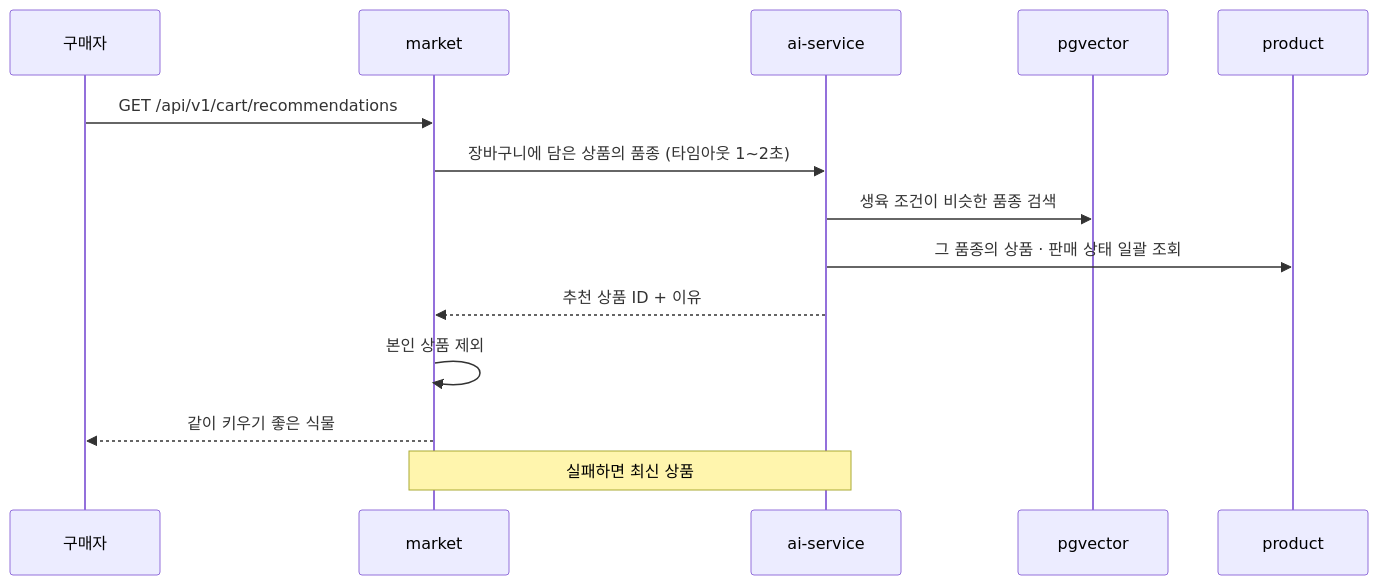
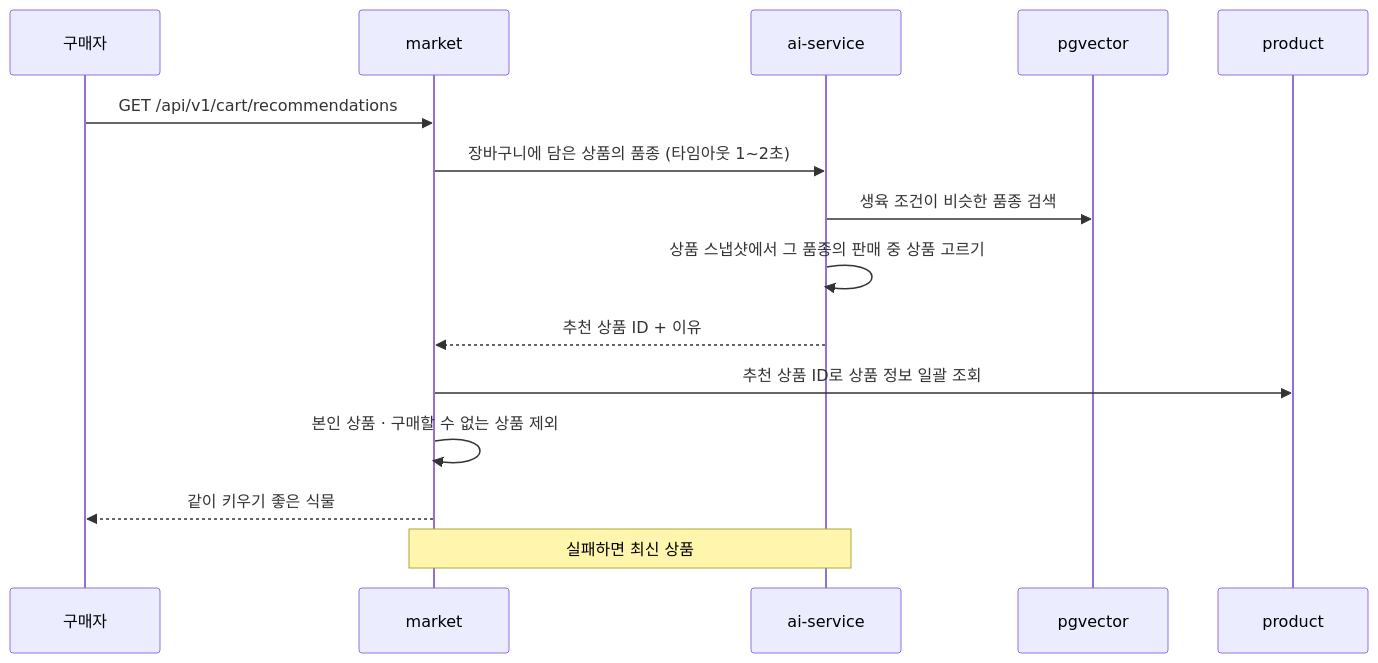
Before and after one commit to prgrms-be-adv-devcourse/beadv8_8_JustCommit_BE: the diagram in docs/flows/search-recommend.md, drawn with Mermaid. The commit also changed other lines of this file and 9 other files, not shown here.

````diff
--- a/docs/flows/search-recommend.md
+++ b/docs/flows/search-recommend.md
@@ -39,16 +39,17 @@
 ```mermaid
 sequenceDiagram
     participant U as 구매자
     participant M as market
     participant AI as ai-service
     participant V as pgvector
     participant PR as product
     U->>M: GET /api/v1/cart/recommendations
     M->>AI: 장바구니에 담은 상품의 품종 (타임아웃 1~2초)
     AI->>V: 생육 조건이 비슷한 품종 검색
-    AI->>PR: 그 품종의 상품 · 판매 상태 일괄 조회
+    AI->>AI: 상품 스냅샷에서 그 품종의 판매 중 상품 고르기
     AI-->>M: 추천 상품 ID + 이유
-    M->>M: 본인 상품 제외
+    M->>PR: 추천 상품 ID로 상품 정보 일괄 조회
+    M->>M: 본인 상품 · 구매할 수 없는 상품 제외
     M-->>U: 같이 키우기 좋은 식물
     Note over M,AI: 실패하면 최신 상품
 ```
````
